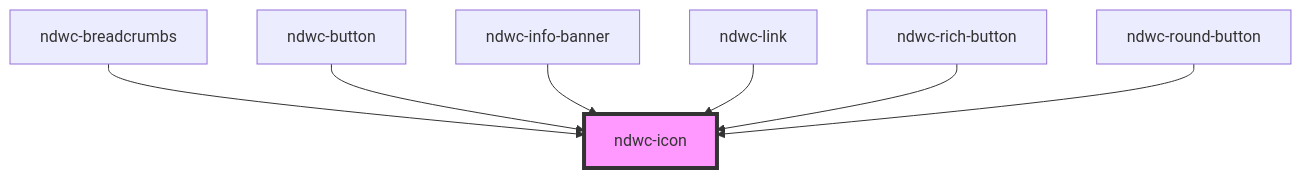
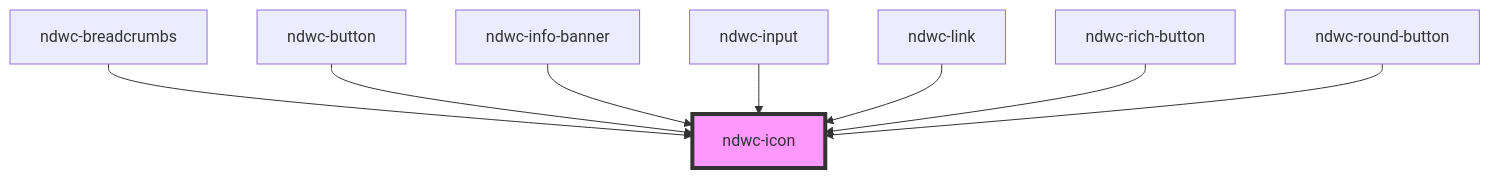
The diagram in src/components/icon/readme.md (wes337/ndw-components), drawn with Mermaid before and after one commit. The commit also changed other lines of this file and 12 other files, not shown here.

````diff
--- a/src/components/icon/readme.md
+++ b/src/components/icon/readme.md
@@ -27,10 +28,11 @@
 ```mermaid
 graph TD;
   ndwc-breadcrumbs --> ndwc-icon
   ndwc-button --> ndwc-icon
   ndwc-info-banner --> ndwc-icon
+  ndwc-input --> ndwc-icon
   ndwc-link --> ndwc-icon
   ndwc-rich-button --> ndwc-icon
   ndwc-round-button --> ndwc-icon
   style ndwc-icon fill:#f9f,stroke:#333,stroke-width:4px
 ```
````
